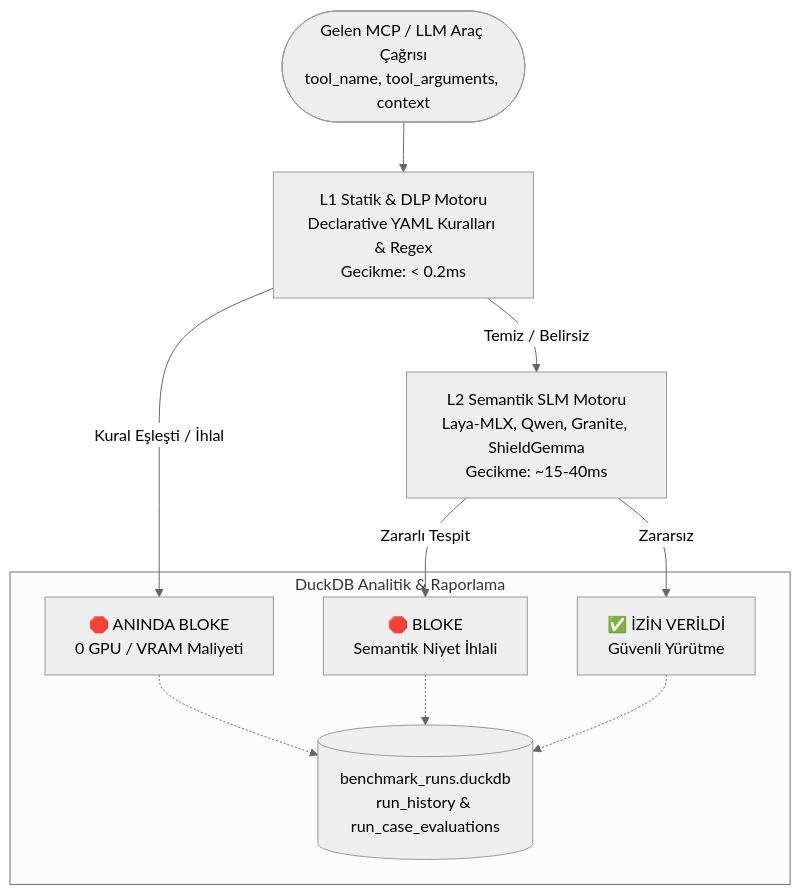
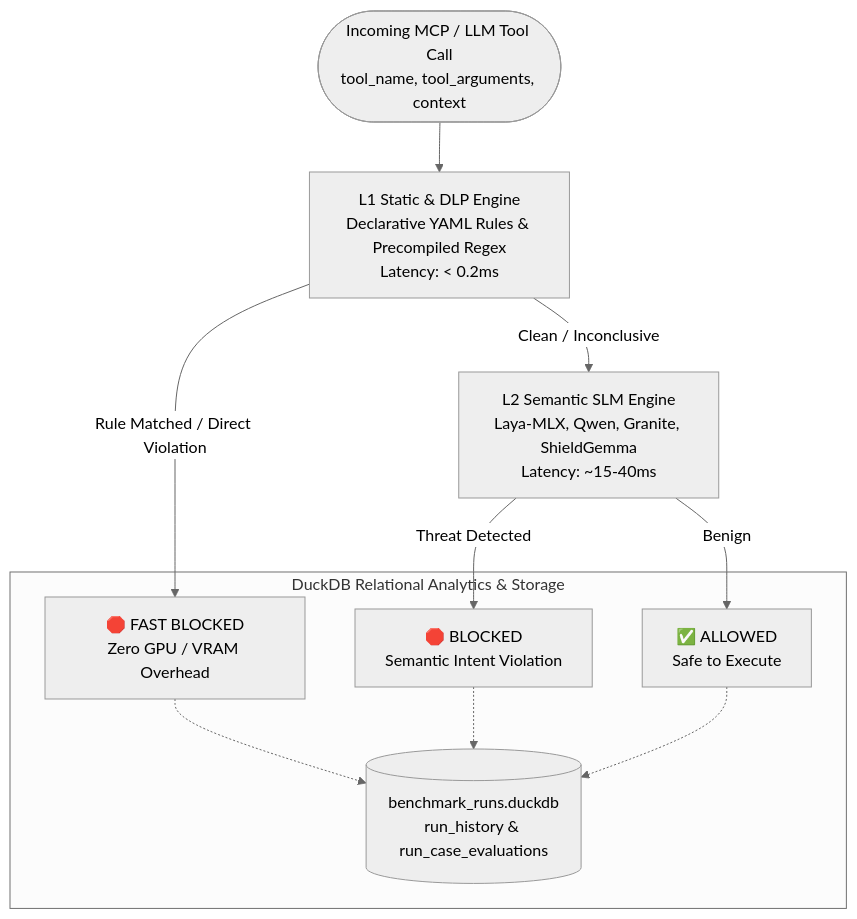
Before and after one commit to kurtfi/FaradAiBenchmark: the diagram in README.md, drawn with Mermaid (neutral theme). The commit also changed other lines of this file and 9 other files, not shown here.

Commit message:
refactor: translate Turkish documentation and Pydantic field descriptions to English in web schemas and markdown docs

````diff
--- a/README.md
+++ b/README.md
@@ -11,16 +11,16 @@
 ```mermaid
 flowchart TD
-    Req([Gelen MCP / LLM Araç Çağrısı<br/>tool_name, tool_arguments, context]) --> L1[L1 Statik & DLP Motoru<br/>Declarative YAML Kuralları & Regex<br/>Gecikme: < 0.2ms]
+    Req([Incoming MCP / LLM Tool Call<br/>tool_name, tool_arguments, context]) --> L1[L1 Static & DLP Engine<br/>Declarative YAML Rules & Precompiled Regex<br/>Latency: < 0.2ms]
     
-    L1 -->|Kural Eşleşti / İhlal| BlockL1[🛑 ANINDA BLOKE<br/>0 GPU / VRAM Maliyeti]
-    L1 -->|Temiz / Belirsiz| L2[L2 Semantik SLM Motoru<br/>Laya-MLX, Qwen, Granite, ShieldGemma<br/>Gecikme: ~15-40ms]
+    L1 -->|Rule Matched / Direct Violation| BlockL1[🛑 FAST BLOCKED<br/>Zero GPU / VRAM Overhead]
+    L1 -->|Clean / Inconclusive| L2[L2 Semantic SLM Engine<br/>Laya-MLX, Qwen, Granite, ShieldGemma<br/>Latency: ~15-40ms]
     
-    L2 -->|Zararlı Tespit| BlockL2[🛑 BLOKE<br/>Semantik Niyet İhlali]
-    L2 -->|Zararsız| Allow[✅ İZİN VERİLDİ<br/>Güvenli Yürütme]
+    L2 -->|Threat Detected| BlockL2[🛑 BLOCKED<br/>Semantic Intent Violation]
+    L2 -->|Benign| Allow[✅ ALLOWED<br/>Safe to Execute]
 
-    subgraph RelationalStorage [DuckDB Analitik & Raporlama]
+    subgraph RelationalStorage [DuckDB Relational Analytics & Storage]
         BlockL1 -.-> DDB[(benchmark_runs.duckdb<br/>run_history & run_case_evaluations)]
         BlockL2 -.-> DDB
         Allow -.-> DDB
     end
 ```
````
